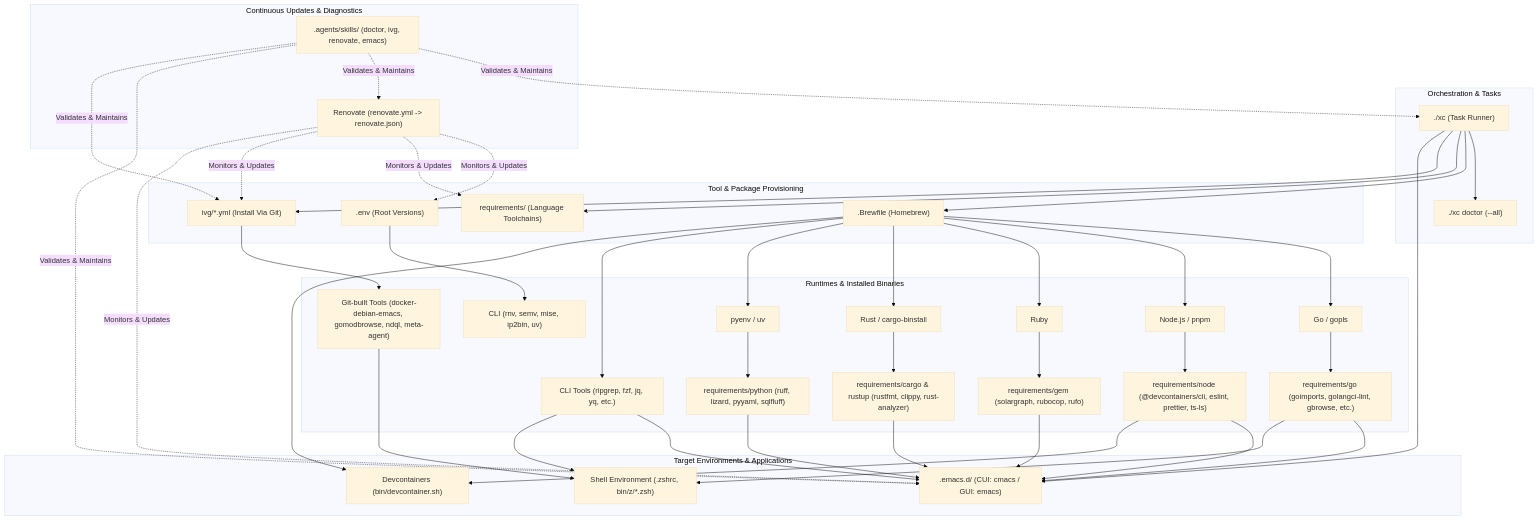
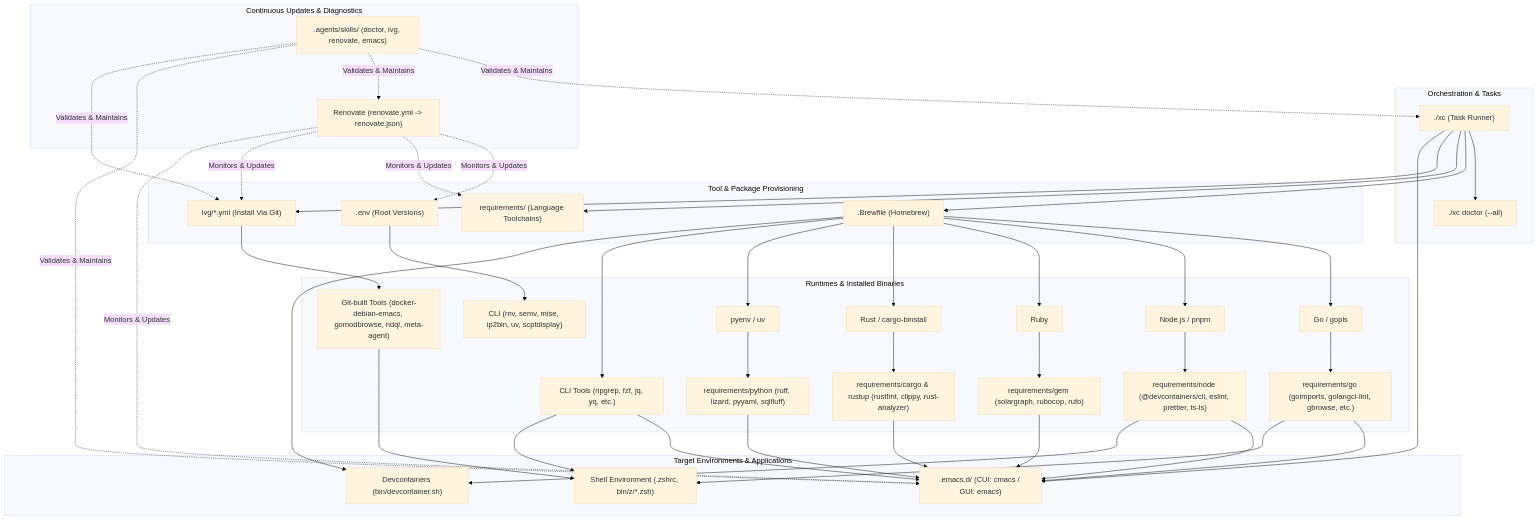
The diagram in AGENTS.md (berquerant/pdotfiles), drawn with Mermaid (base theme) before and after one commit. The commit also changed other lines of this file and 6 other files, not shown here.

````diff
--- a/AGENTS.md
+++ b/AGENTS.md
@@ -27,75 +27,75 @@
 ```mermaid
 graph TD
     subgraph Orchestration ["Orchestration & Tasks"]
         XC["./xc (Task Runner)"]
         DOC["./xc doctor (--all)"]
     end
 
     subgraph Provisioning ["Tool & Package Provisioning"]
         BREW[".Brewfile (Homebrew)"]
         ENV[".env (Root Versions)"]
         REQ["requirements/ (Language Toolchains)"]
         IVG["ivg/*.yml (Install Via Git)"]
     end
 
     subgraph Runtimes ["Runtimes & Installed Binaries"]
         BREW --> RUN_GO["Go / gopls"]
         BREW --> RUN_NODE["Node.js / pnpm"]
         BREW --> RUN_RUBY["Ruby"]
         BREW --> RUN_RUST["Rust / cargo-binstall"]
         BREW --> RUN_PY["pyenv / uv"]
         BREW --> CLI_UTILS["CLI Tools (ripgrep, fzf, jq, yq, etc.)"]
 
-        ENV --> ROOT_TOOLS["CLI (rnv, semv, mise, ip2bin, uv)"]
+        ENV --> ROOT_TOOLS["CLI (rnv, semv, mise, ip2bin, uv, scptdisplay)"]
         
         RUN_GO --> REQ_GO["requirements/go (goimports, golangci-lint, gbrowse, etc.)"]
         RUN_NODE --> REQ_NODE["requirements/node (@devcontainers/cli, eslint, prettier, ts-ls)"]
         RUN_RUBY --> REQ_GEM["requirements/gem (solargraph, rubocop, rufo)"]
         RUN_RUST --> REQ_RUST["requirements/cargo & rustup (rustfmt, clippy, rust-analyzer)"]
         RUN_PY --> REQ_PY["requirements/python (ruff, lizard, pyyaml, sqlfluff)"]
         
         IVG --> IVG_TOOLS["Git-built Tools (docker-debian-emacs, gomodbrowse, ndql, meta-agent)"]
     end
 
     subgraph Consumers ["Target Environments & Applications"]
         EMACS[".emacs.d/ (CUI: cmacs / GUI: emacs)"]
         SHELL["Shell Environment (.zshrc, bin/z/*.zsh)"]
         DEVCONT["Devcontainers (bin/devcontainer.sh)"]
     end
 
     subgraph Automation ["Continuous Updates & Diagnostics"]
         RENOVATE["Renovate (renovate.yml -> renovate.json)"]
         SKILLS[".agents/skills/ (doctor, ivg, renovate, emacs)"]
     end
 
     %% Dependency links to consumers
     REQ_GO --> EMACS
     REQ_NODE --> EMACS
     REQ_GEM --> EMACS
     REQ_RUST --> EMACS
     REQ_PY --> EMACS
     CLI_UTILS --> EMACS
     
     CLI_UTILS --> SHELL
     REQ_GO --> SHELL
     IVG_TOOLS --> SHELL
     
     REQ_NODE --> DEVCONT
     BREW --> DEVCONT
 
     XC --> DOC
     XC --> BREW
     XC --> REQ
     XC --> IVG
     XC --> EMACS
     
     RENOVATE -.->|Monitors & Updates| ENV
     RENOVATE -.->|Monitors & Updates| REQ
     RENOVATE -.->|Monitors & Updates| IVG
     RENOVATE -.->|Monitors & Updates| EMACS
 
     SKILLS -.->|Validates & Maintains| XC
     SKILLS -.->|Validates & Maintains| RENOVATE
     SKILLS -.->|Validates & Maintains| EMACS
     SKILLS -.->|Validates & Maintains| IVG
 ```
````
